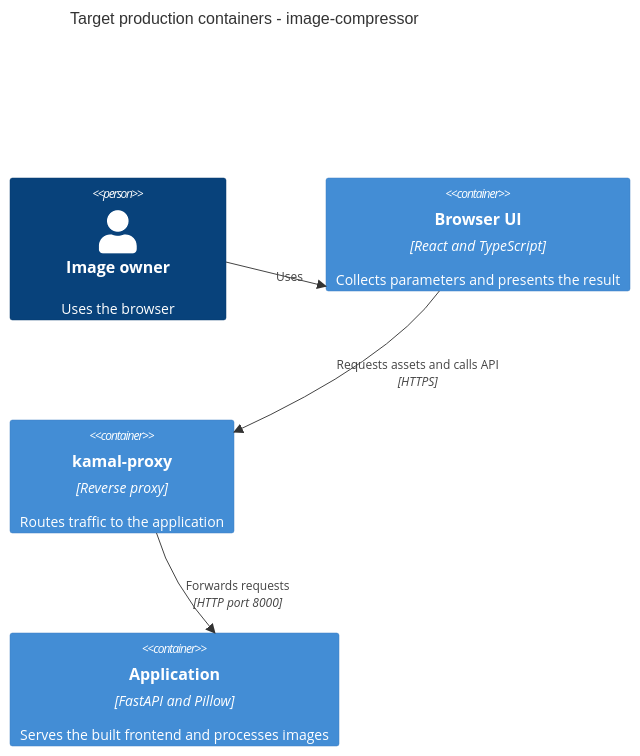
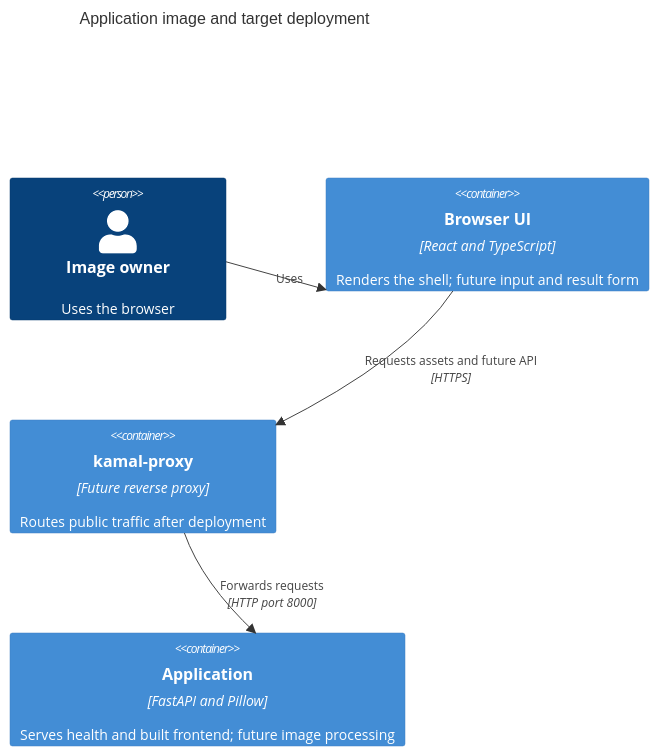
One commit to shved270189/image_compressor changed the second of 2 diagrams in docs/architecture-map.md. Above: the diagram before and after it, drawn with Mermaid. The commit also changed other lines of this file and 24 other files, not shown here.

````diff
--- a/docs/architecture-map.md
+++ b/docs/architecture-map.md
@@ -37,11 +39,11 @@
 ```mermaid
 C4Container
-    title Target production containers - image-compressor
+    title Application image and target deployment
     Person(user, "Image owner", "Uses the browser")
-    Container(ui, "Browser UI", "React and TypeScript", "Collects parameters and presents the result")
-    Container(proxy, "kamal-proxy", "Reverse proxy", "Routes traffic to the application")
-    Container(app, "Application", "FastAPI and Pillow", "Serves the built frontend and processes images")
+    Container(ui, "Browser UI", "React and TypeScript", "Renders the shell; future input and result form")
+    Container(proxy, "kamal-proxy", "Future reverse proxy", "Routes public traffic after deployment")
+    Container(app, "Application", "FastAPI and Pillow", "Serves health and built frontend; future image processing")
     Rel(user, ui, "Uses")
-    Rel(ui, proxy, "Requests assets and calls API", "HTTPS")
+    Rel(ui, proxy, "Requests assets and future API", "HTTPS")
     Rel(proxy, app, "Forwards requests", "HTTP port 8000")
 ```
````
